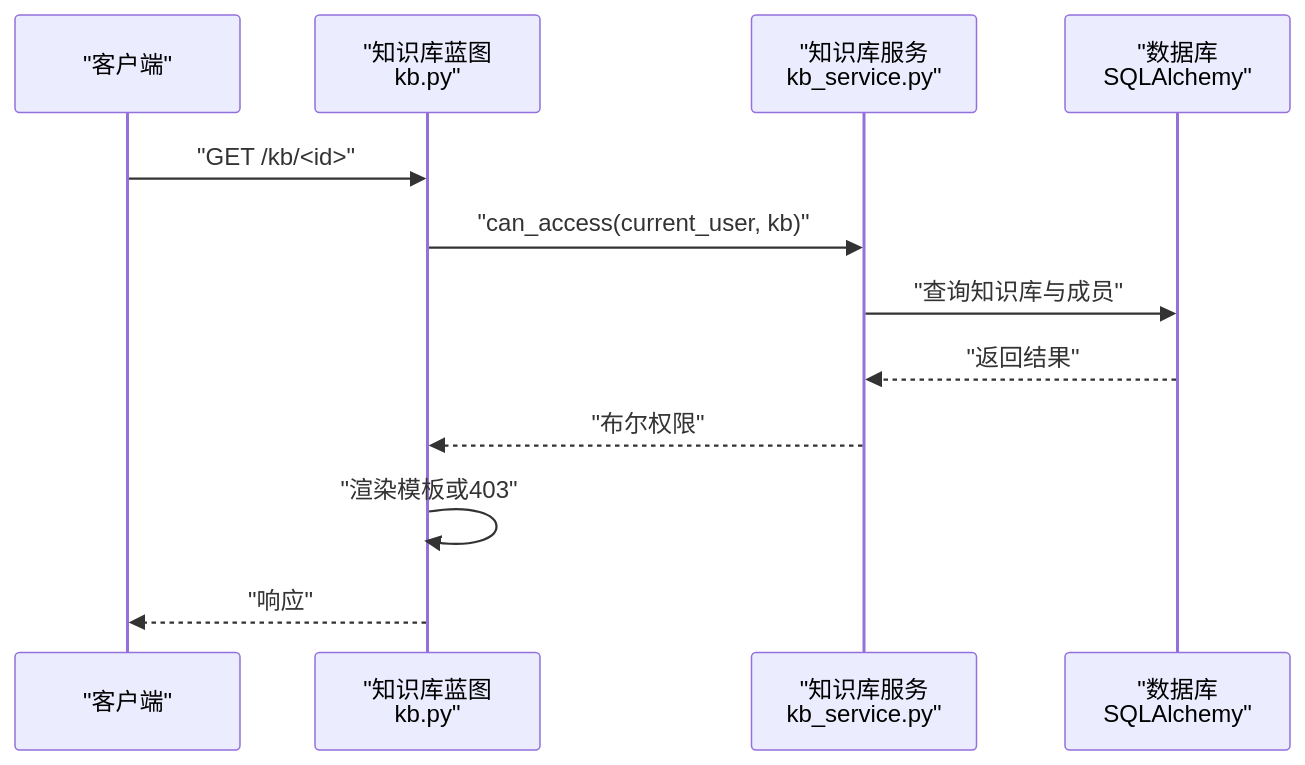
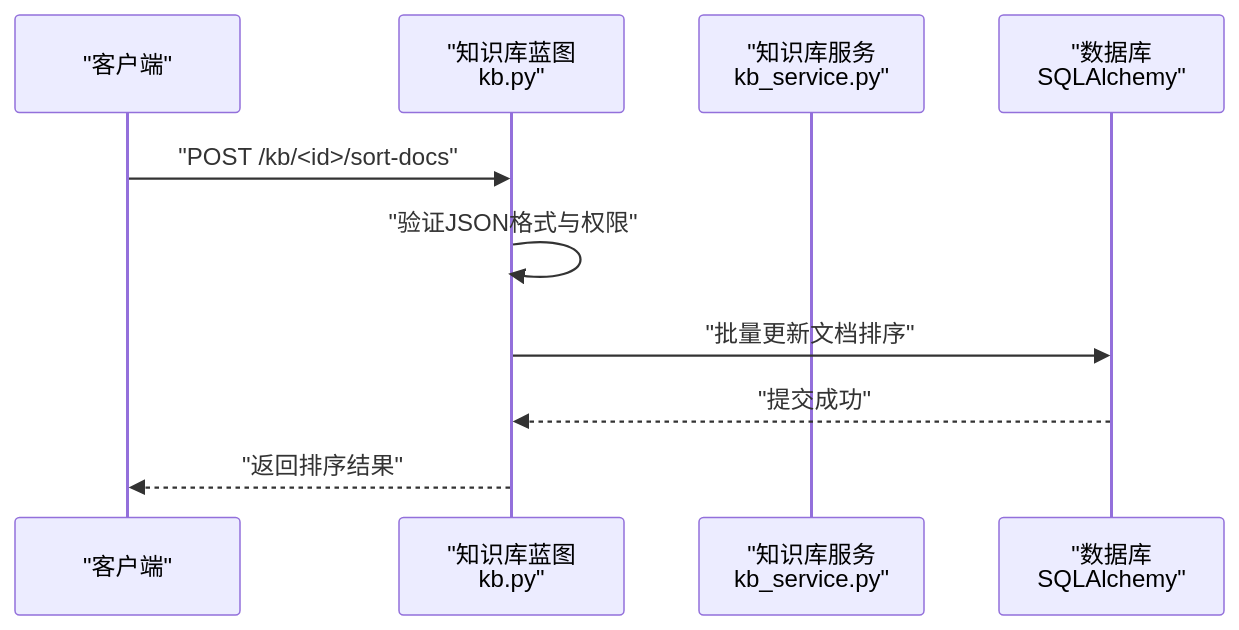
The second of 9 diagrams in .qoder/repowiki/zh/content/核心模块/知识库管理模块/知识库业务逻辑.md (beyondalbert/my_wiki), drawn with Mermaid before and after one commit. The commit also changed other lines of this file and 6 other files, not shown here.

````diff
--- a/.qoder/repowiki/zh/content/核心模块/知识库管理模块/知识库业务逻辑.md
+++ b/.qoder/repowiki/zh/content/核心模块/知识库管理模块/知识库业务逻辑.md
@@ -99,14 +112,12 @@
 ```mermaid
 sequenceDiagram
 participant C as "客户端"
 participant BP as "知识库蓝图<br/>kb.py"
 participant S as "知识库服务<br/>kb_service.py"
 participant DB as "数据库<br/>SQLAlchemy"
-C->>BP : "GET /kb/<id>"
-BP->>S : "can_access(current_user, kb)"
-S->>DB : "查询知识库与成员"
-DB-->>S : "返回结果"
-S-->>BP : "布尔权限"
-BP->>BP : "渲染模板或403"
-BP-->>C : "响应"
+C->>BP : "POST /kb/<id>/sort-docs"
+BP->>BP : "验证JSON格式与权限"
+BP->>DB : "批量更新文档排序"
+DB-->>BP : "提交成功"
+BP-->>C : "返回排序结果"
 ```
````
